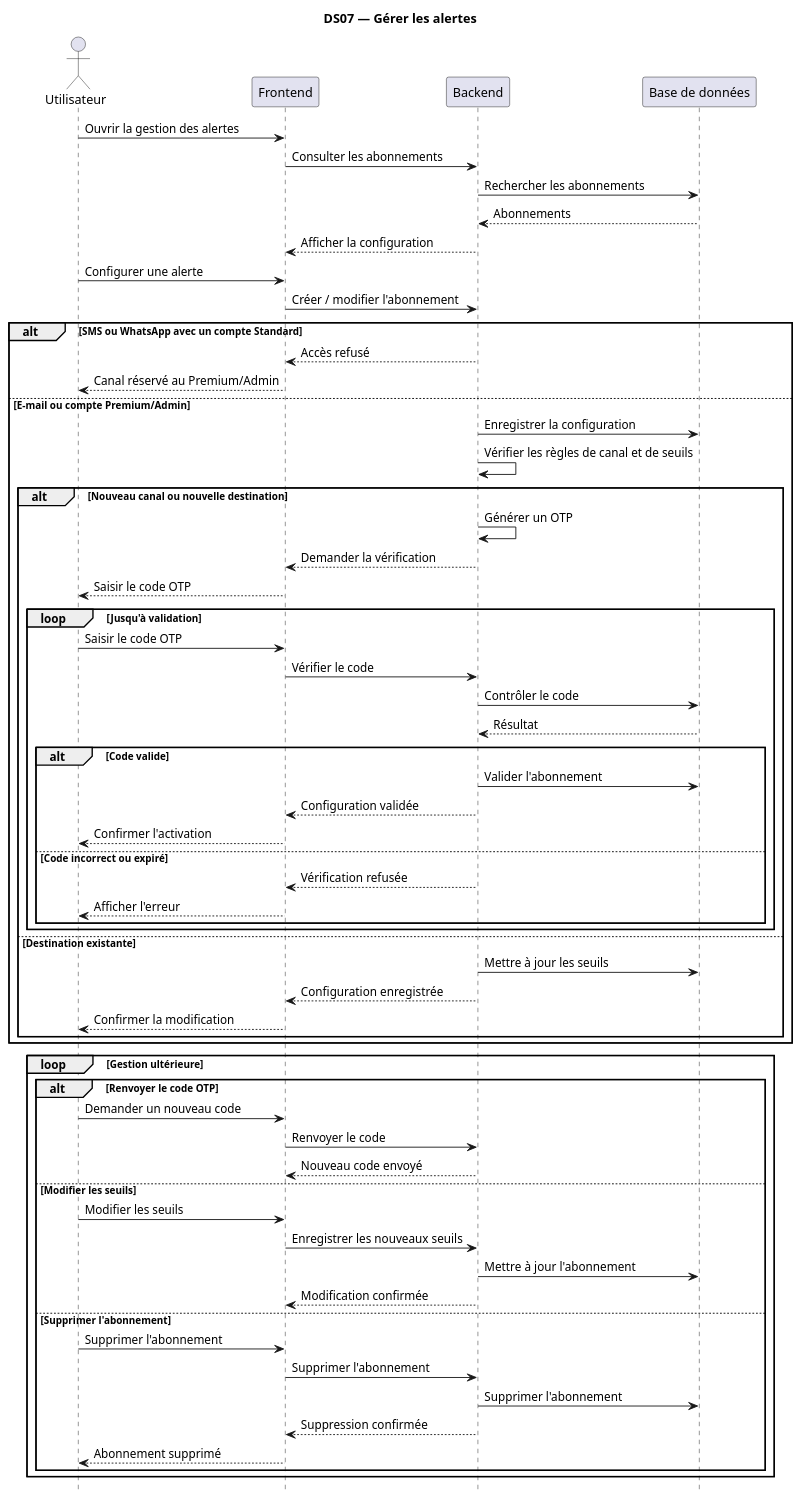
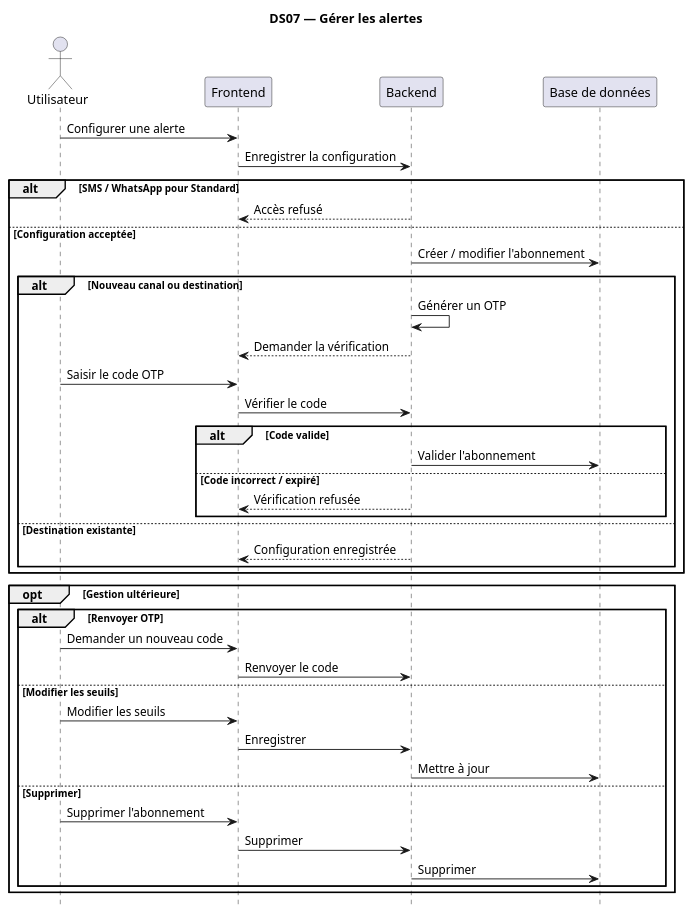
Before and after one commit to TkAbeleon/NoteAcemiqueProjetSoutenanceL3: the diagram in UML_JeryMotro/DS07_Gerer_alertes.plantuml, drawn with PlantUML.

Commit message:
Simplifier fortement DS07 tout en conservant les règles métier

```diff
--- a/UML_JeryMotro/DS07_Gerer_alertes.plantuml
+++ b/UML_JeryMotro/DS07_Gerer_alertes.plantuml
@@ -1,74 +1,50 @@
 @startuml
 
 title DS07 — Gérer les alertes
 hide footbox
 skinparam shadowing false
 
 actor "Utilisateur" as U
 participant "Frontend" as F
 participant "Backend" as B
 participant "Base de données" as DB
 
-U -> F : Ouvrir la gestion des alertes
-F -> B : Consulter les abonnements
-B -> DB : Rechercher les abonnements
-DB --> B : Abonnements
-B --> F : Afficher la configuration
+U -> F : Configurer une alerte
+F -> B : Enregistrer la configuration
 
-U -> F : Configurer une alerte
-F -> B : Créer / modifier l'abonnement
+alt SMS / WhatsApp pour Standard
+    B --> F : Accès refusé
+else Configuration acceptée
+    B -> DB : Créer / modifier l'abonnement
 
-alt SMS ou WhatsApp avec un compte Standard
-    B --> F : Accès refusé
-    F --> U : Canal réservé au Premium/Admin
-else E-mail ou compte Premium/Admin
-    B -> DB : Enregistrer la configuration
-    B -> B : Vérifier les règles de canal et de seuils
-
-    alt Nouveau canal ou nouvelle destination
+    alt Nouveau canal ou destination
         B -> B : Générer un OTP
         B --> F : Demander la vérification
-        F --> U : Saisir le code OTP
-
-        loop Jusqu'à validation
-            U -> F : Saisir le code OTP
-            F -> B : Vérifier le code
-            B -> DB : Contrôler le code
-            DB --> B : Résultat
-
-            alt Code valide
-                B -> DB : Valider l'abonnement
-                B --> F : Configuration validée
-                F --> U : Confirmer l'activation
-            else Code incorrect ou expiré
-                B --> F : Vérification refusée
-                F --> U : Afficher l'erreur
-            end
+        U -> F : Saisir le code OTP
+        F -> B : Vérifier le code
+        alt Code valide
+            B -> DB : Valider l'abonnement
+        else Code incorrect / expiré
+            B --> F : Vérification refusée
         end
     else Destination existante
-        B -> DB : Mettre à jour les seuils
         B --> F : Configuration enregistrée
-        F --> U : Confirmer la modification
     end
 end
 
-loop Gestion ultérieure
-    alt Renvoyer le code OTP
+opt Gestion ultérieure
+    alt Renvoyer OTP
         U -> F : Demander un nouveau code
         F -> B : Renvoyer le code
-        B --> F : Nouveau code envoyé
     else Modifier les seuils
         U -> F : Modifier les seuils
-        F -> B : Enregistrer les nouveaux seuils
-        B -> DB : Mettre à jour l'abonnement
-        B --> F : Modification confirmée
-    else Supprimer l'abonnement
+        F -> B : Enregistrer
+        B -> DB : Mettre à jour
+    else Supprimer
         U -> F : Supprimer l'abonnement
-        F -> B : Supprimer l'abonnement
-        B -> DB : Supprimer l'abonnement
-        B --> F : Suppression confirmée
-        F --> U : Abonnement supprimé
+        F -> B : Supprimer
+        B -> DB : Supprimer
     end
 end
 
 @enduml
```
